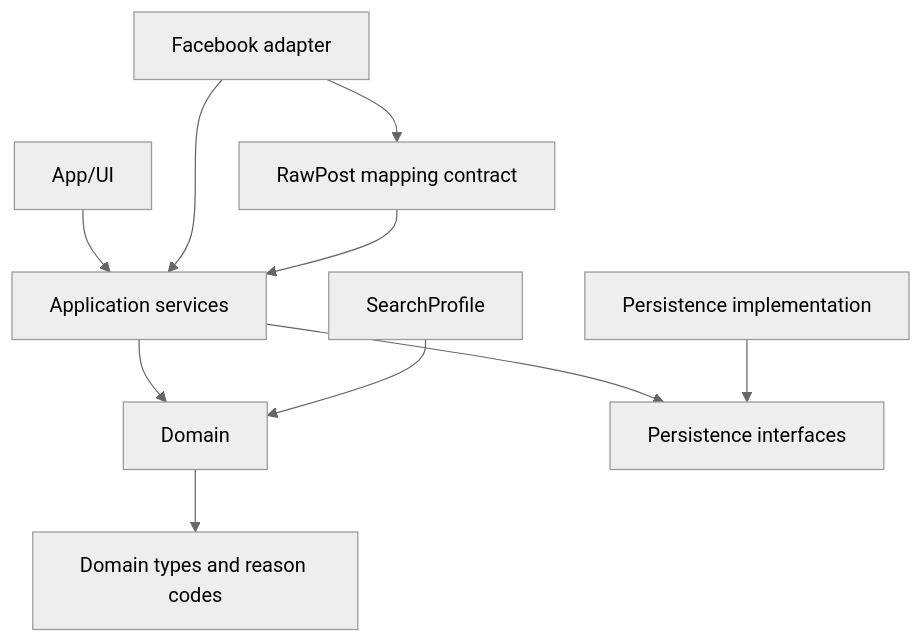
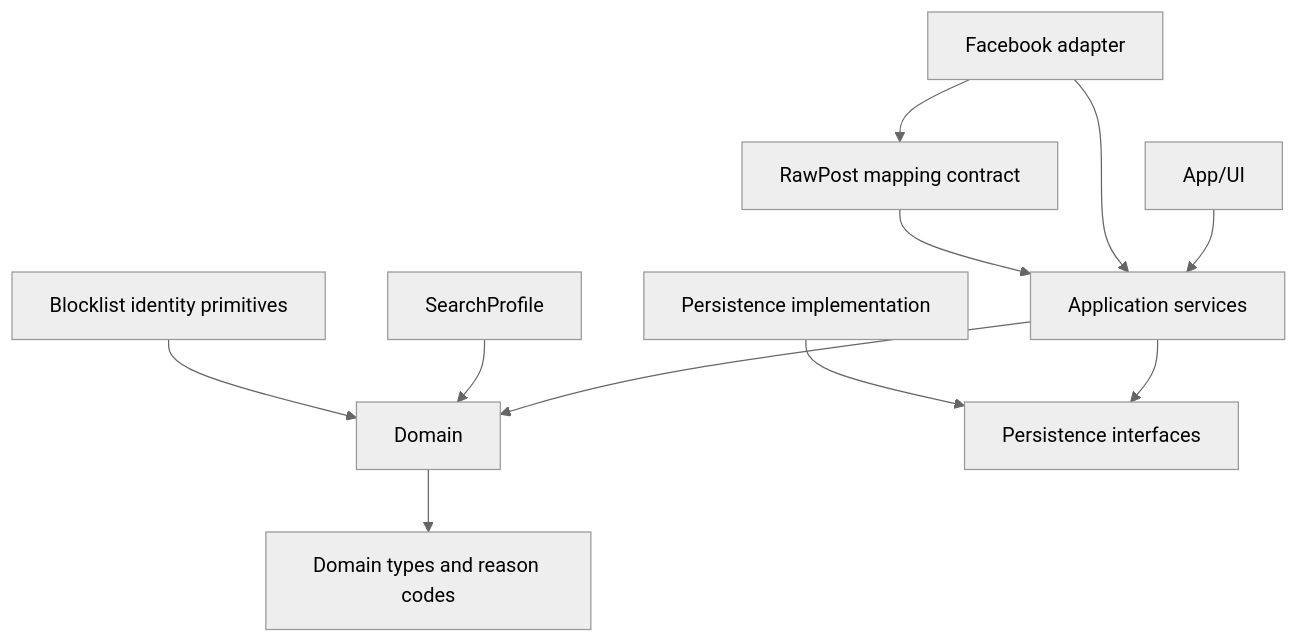
Before and after one commit to soleda2026/ScanFB: the diagram in docs/CODE_GRAPH.md, drawn with Mermaid (neutral theme). The commit also changed other lines of this file and 6 other files, not shown here.

Commit message:
feat(blocklist): add deterministic identity matching

````diff
--- a/docs/CODE_GRAPH.md
+++ b/docs/CODE_GRAPH.md
@@ -7,12 +7,13 @@
 ```mermaid
 flowchart TD
     UI["App/UI"] --> APP["Application services"]
     APP --> DOMAIN["Domain"]
     APP --> PERSIST_IF["Persistence interfaces"]
     PERSIST_IMPL["Persistence implementation"] --> PERSIST_IF
     FB["Facebook adapter"] --> APP
     FB --> RAW["RawPost mapping contract"]
     RAW --> APP
     PROFILE["SearchProfile"] --> DOMAIN
     DOMAIN --> TYPES["Domain types and reason codes"]
+    BLOCKLIST["Blocklist identity primitives"] --> DOMAIN
 ```
````
